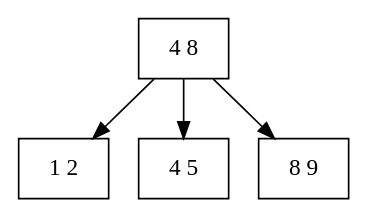
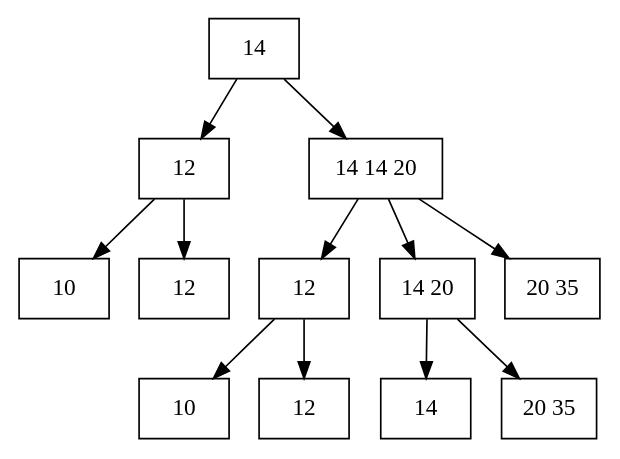
One commit to 1somniak/data-structures changed the diagram in python/graph.dot. Above: the diagram before and after it, drawn with Graphviz. The commit also changed 3 other files, not shown here.

```diff
--- a/python/graph.dot
+++ b/python/graph.dot
@@ -1,9 +1,25 @@
 digraph Btree {
-    node0 [shape=box][label="4 8 "]
-    node0 -> node1
-    node0 -> node2
-    node0 -> node3
-    node1 [shape=box][label="1 2 "]
-    node2 [shape=box][label="4 5 "]
-    node3 [shape=box][label="8 9 "]
+    nodea0 [shape=box][label="14"]
+    nodea0 -> nodea1
+    nodea0 -> nodea2
+    nodea1 [shape=box][label="12"]
+    nodea1 -> nodea3
+    nodea1 -> nodea4
+    nodea2 [shape=box][label="14 14 20"]
+    nodea2 -> nodea5
+    nodea2 -> nodea6
+    nodea2 -> nodea7
+    nodea3 [shape=box][label="10"]
+    nodea4 [shape=box][label="12"]
+    nodea5 [shape=box][label="12"]
+    nodea5 -> nodea8
+    nodea5 -> nodea9
+    nodea6 [shape=box][label="14 20"]
+    nodea6 -> nodea10
+    nodea6 -> nodea11
+    nodea7 [shape=box][label="20 35"]
+    nodea8 [shape=box][label="10"]
+    nodea9 [shape=box][label="12"]
+    nodea10 [shape=box][label="14"]
+    nodea11 [shape=box][label="20 35"]
 }
```
